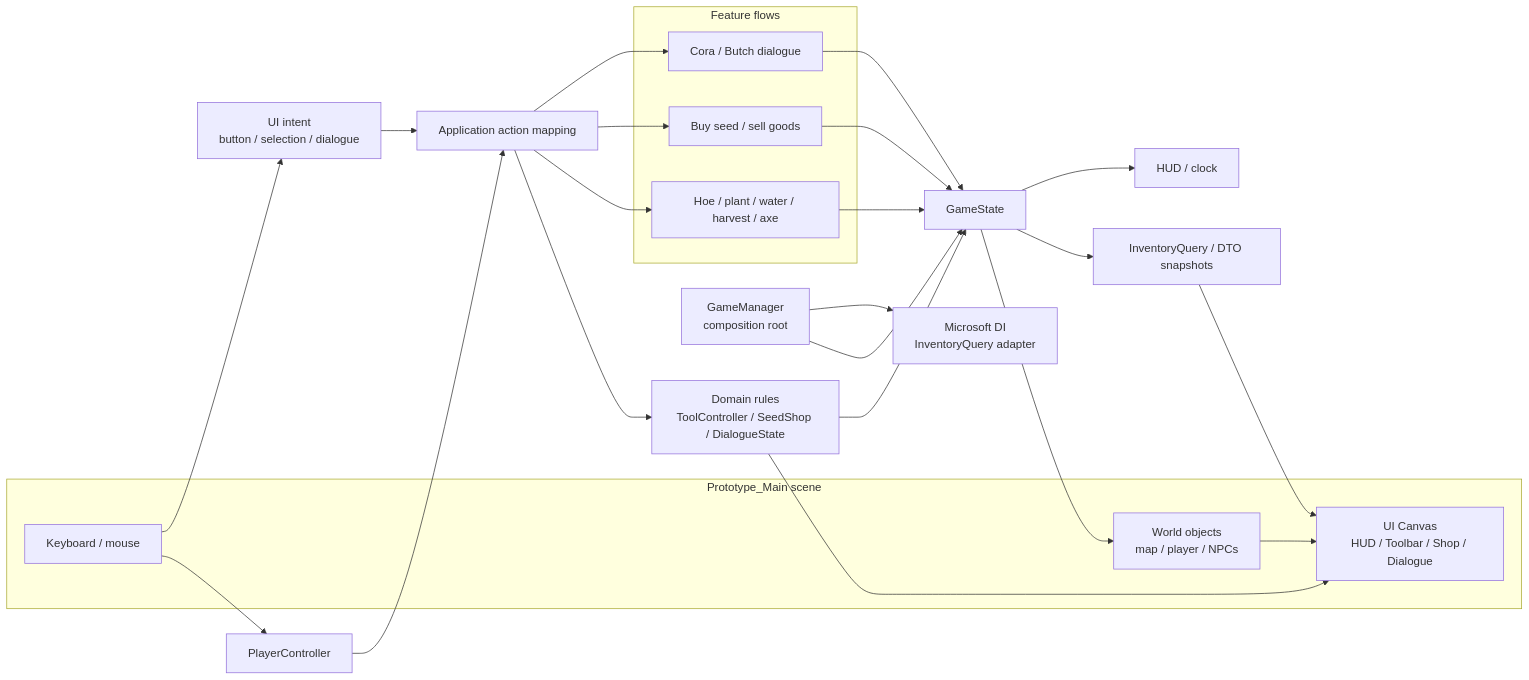
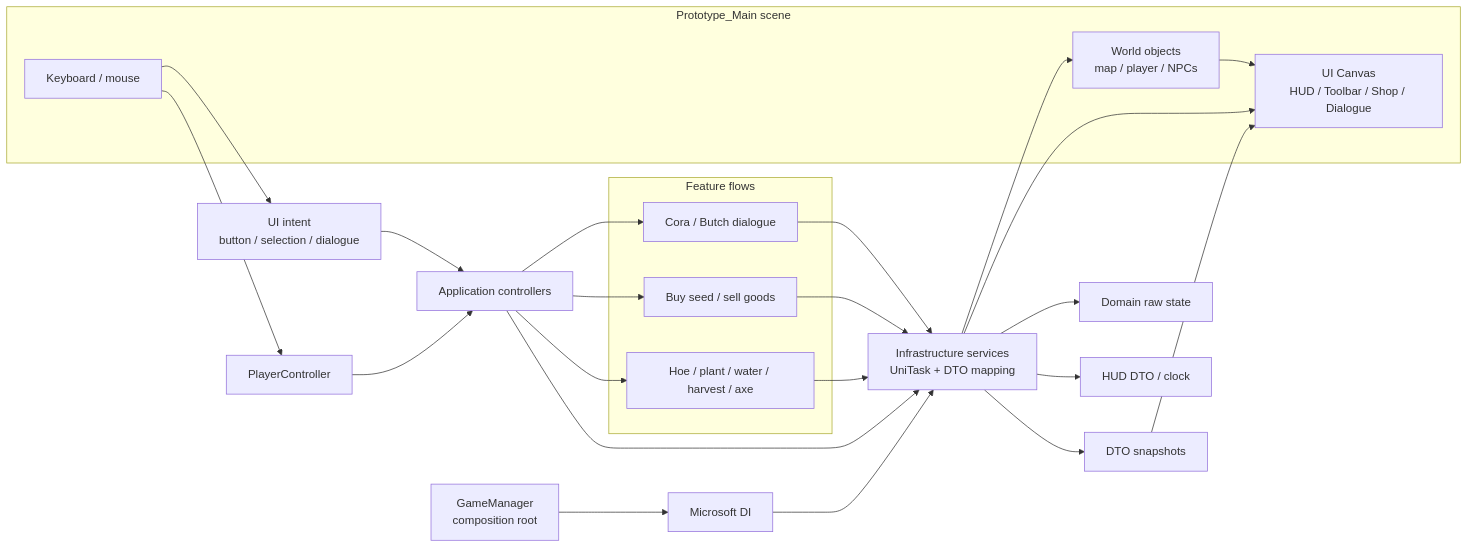
One commit to Phan-Phu/Prorotype_03 changed the first of 4 diagrams in ARCHITECTURE_FLOW.md. Above: the diagram before and after it, drawn with Mermaid. The commit also changed other lines of this file and 54 other files, not shown here.

````diff
--- a/ARCHITECTURE_FLOW.md
+++ b/ARCHITECTURE_FLOW.md
@@ -12,36 +12,36 @@
 ```mermaid
 flowchart LR
     subgraph Scene[Prototype_Main scene]
         Input[Keyboard / mouse]
         Canvas[UI Canvas\nHUD / Toolbar / Shop / Dialogue]
         World[World objects\nmap / player / NPCs]
     end
 
-    Bootstrap[GameManager\ncomposition root] --> State[GameState]
-    Bootstrap --> DI[Microsoft DI\nInventoryQuery adapter]
+    Bootstrap[GameManager\ncomposition root] --> DI[Microsoft DI]
+    DI --> Infra[Infrastructure services\nUniTask + DTO mapping]
+    Infra --> State[Domain raw state]
 
     Input --> Player[PlayerController]
     Input --> UIIntent[UI intent\nbutton / selection / dialogue]
-    Player --> Actions[Application action mapping]
+    Player --> Actions[Application controllers]
     UIIntent --> Actions
-    Actions --> Domain[Domain rules\nToolController / SeedShop / DialogueState]
-    Domain --> State
-    State --> Query[InventoryQuery / DTO snapshots]
-    State --> World
-    State --> HUD[HUD / clock]
+    Actions --> Infra
+    Infra --> Query[DTO snapshots]
+    Infra --> World
+    Infra --> HUD[HUD DTO / clock]
     Query --> Canvas
-    Domain --> Canvas
+    Infra --> Canvas
     World --> Canvas
 
     subgraph Features[Feature flows]
         Farm[Hoe / plant / water / harvest / axe]
         Economy[Buy seed / sell goods]
         NPC[Cora / Butch dialogue]
     end
     Actions --> Farm
     Actions --> Economy
     Actions --> NPC
-    Farm --> State
-    Economy --> State
-    NPC --> State
+    Farm --> Infra
+    Economy --> Infra
+    NPC --> Infra
 ```
````
